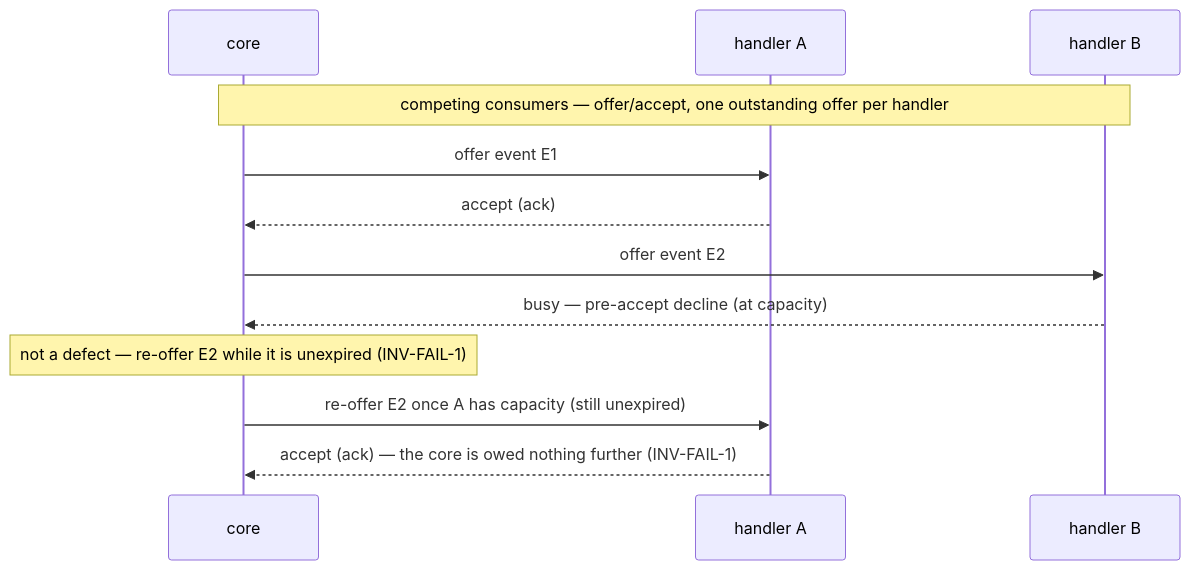
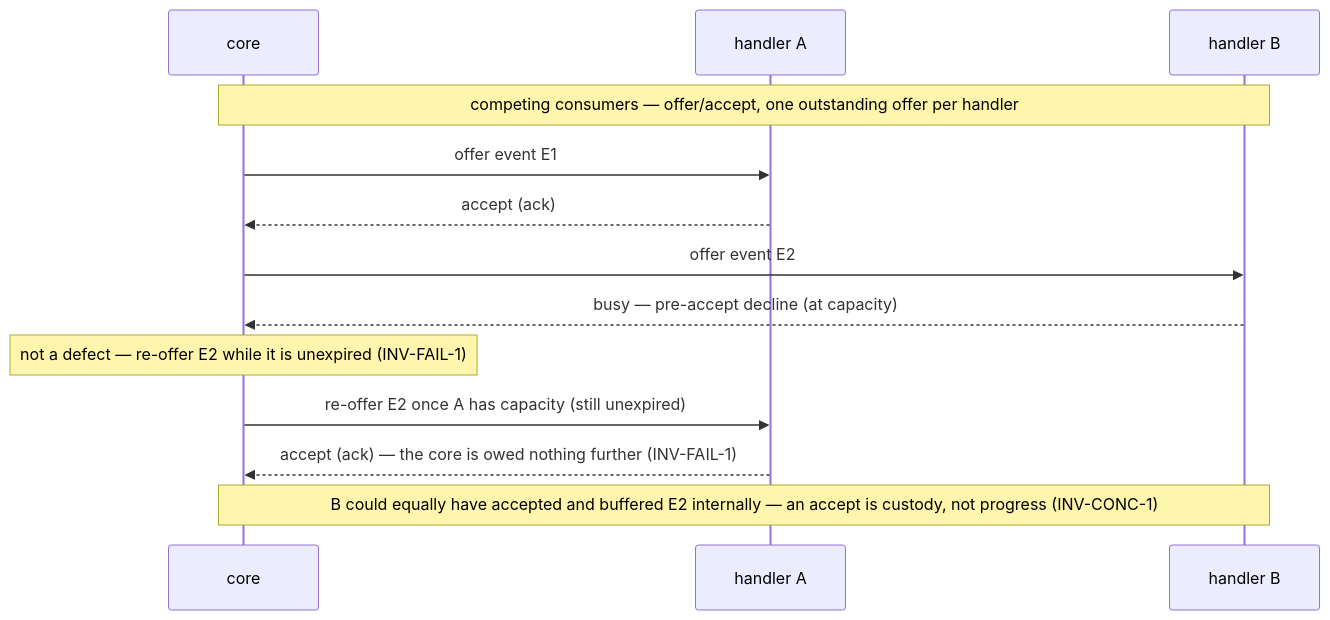
Before and after one commit to phillipgreenii/nix-agent-support: the second of 2 diagrams in packages/pr-pool/docs/behavior/invariants.md, drawn with Mermaid. The commit also changed other lines of this file and 5 other files, not shown here.

````diff
--- a/packages/pr-pool/docs/behavior/invariants.md
+++ b/packages/pr-pool/docs/behavior/invariants.md
@@ -126,14 +126,15 @@
 ```mermaid
 sequenceDiagram
     participant Core as core
     participant A as handler A
     participant B as handler B
     Note over Core,B: competing consumers — offer/accept, one outstanding offer per handler
     Core->>A: offer event E1
     A-->>Core: accept (ack)
     Core->>B: offer event E2
     B-->>Core: busy — pre-accept decline (at capacity)
     Note over Core: not a defect — re-offer E2 while it is unexpired (INV-FAIL-1)
     Core->>A: re-offer E2 once A has capacity (still unexpired)
     A-->>Core: accept (ack) — the core is owed nothing further (INV-FAIL-1)
+    Note over Core,B: B could equally have accepted and buffered E2 internally — an accept is custody, not progress (INV-CONC-1)
 ```
````
